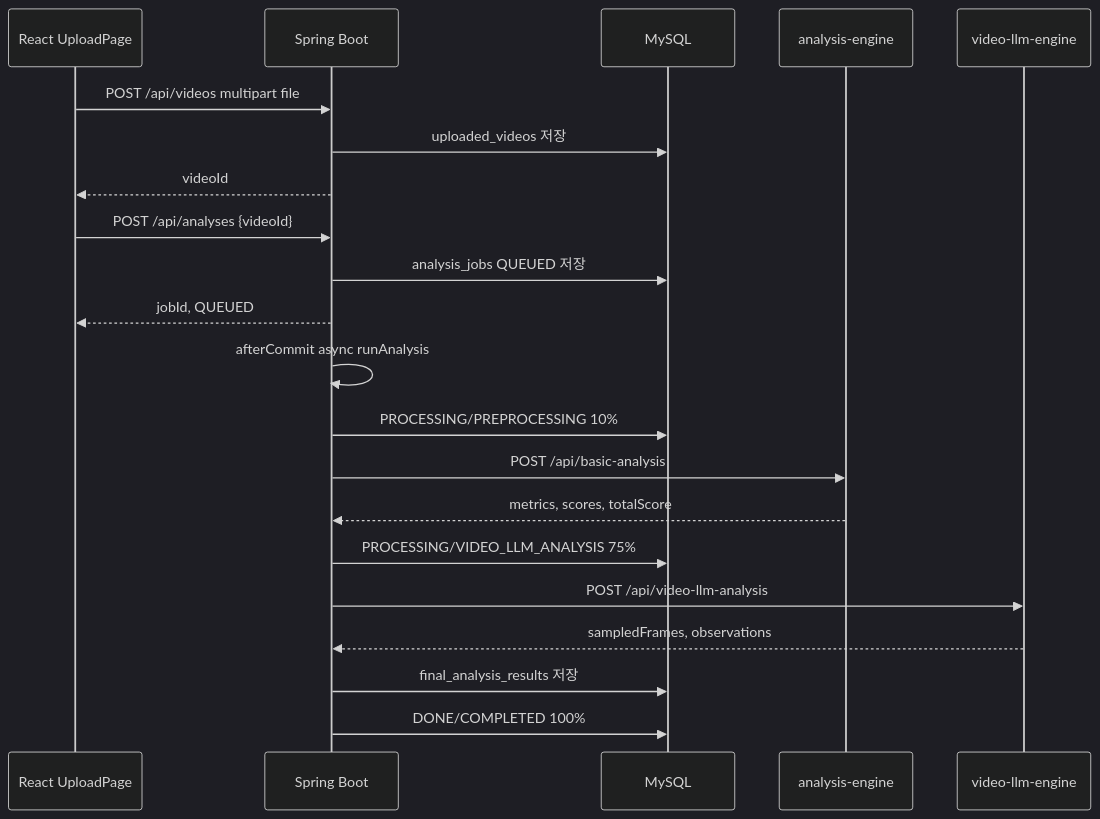
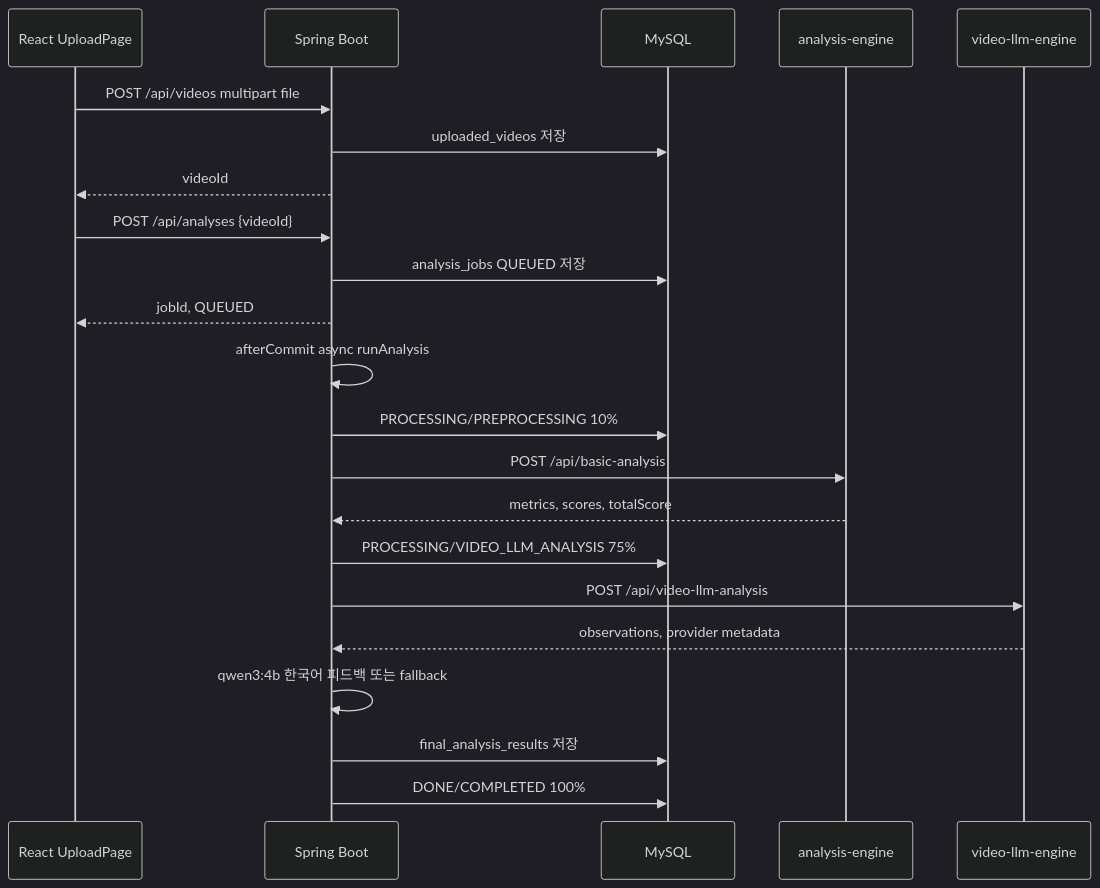
The diagram in docs/architecture/03-analysis-pipeline.md (multiModalAiCoachingSystem/HaniumProject-Spring), drawn with Mermaid (dark theme) before and after one commit. The commit also changed other lines of this file and 37 other files, not shown here.

````diff
--- a/docs/architecture/03-analysis-pipeline.md
+++ b/docs/architecture/03-analysis-pipeline.md
@@ -11,24 +11,25 @@
 ```mermaid
 sequenceDiagram
     participant UI as React UploadPage
     participant BE as Spring Boot
     participant DB as MySQL
     participant AE as analysis-engine
     participant VLE as video-llm-engine
 
     UI->>BE: POST /api/videos multipart file
     BE->>DB: uploaded_videos 저장
     BE-->>UI: videoId
     UI->>BE: POST /api/analyses {videoId}
     BE->>DB: analysis_jobs QUEUED 저장
     BE-->>UI: jobId, QUEUED
     BE->>BE: afterCommit async runAnalysis
     BE->>DB: PROCESSING/PREPROCESSING 10%
     BE->>AE: POST /api/basic-analysis
     AE-->>BE: metrics, scores, totalScore
     BE->>DB: PROCESSING/VIDEO_LLM_ANALYSIS 75%
     BE->>VLE: POST /api/video-llm-analysis
-    VLE-->>BE: sampledFrames, observations
+    VLE-->>BE: observations, provider metadata
+    BE->>BE: qwen3:4b 한국어 피드백 또는 fallback
     BE->>DB: final_analysis_results 저장
     BE->>DB: DONE/COMPLETED 100%
 ```
````
